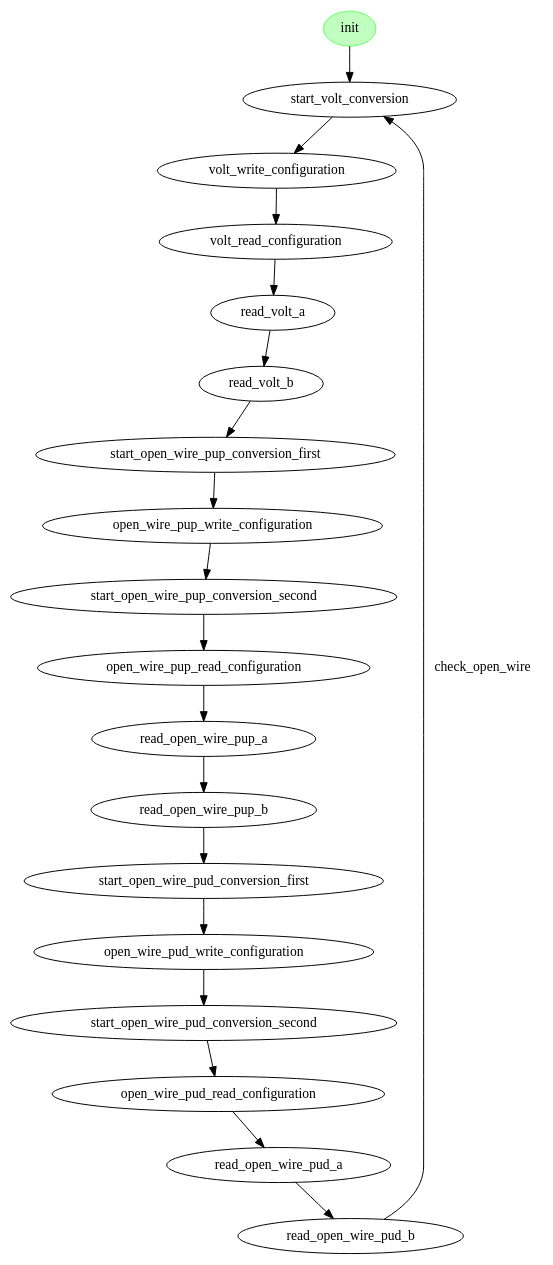
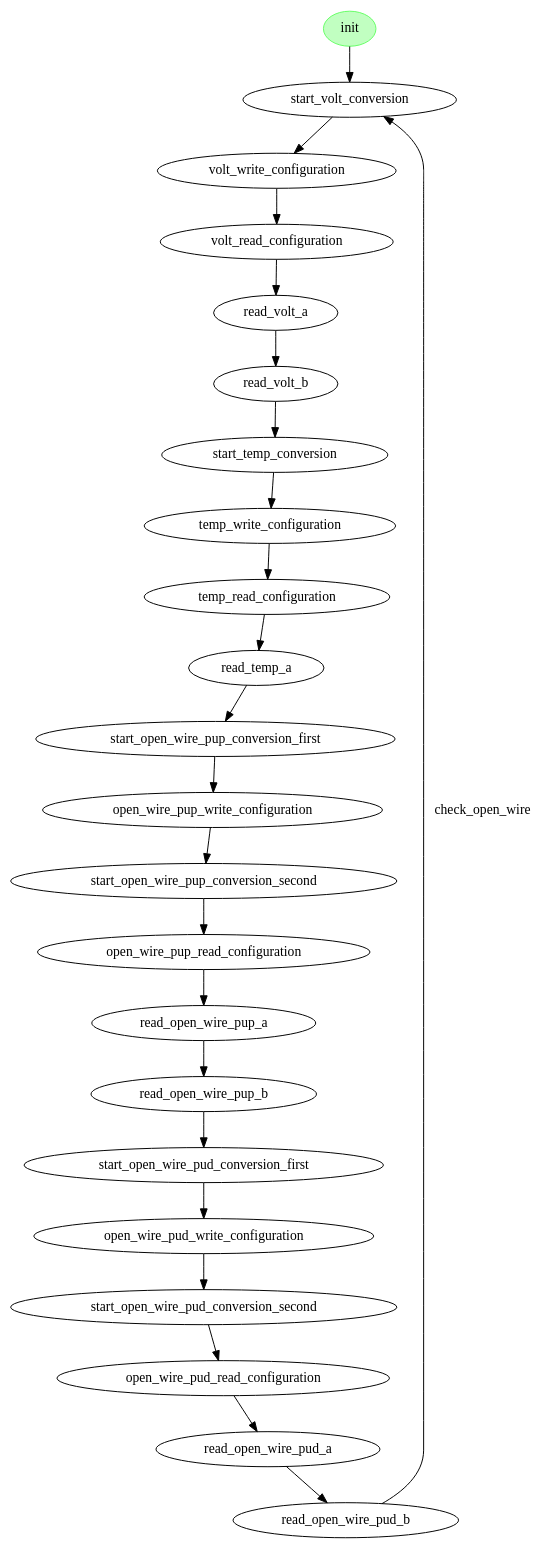
One commit to eagletrt/lv-bms-sw changed the diagram in assets/bms_monitor_fsm/bms_monitor_fsm.dot. Above: the diagram before and after it, drawn with Graphviz. The commit also changed 9 other files, not shown here.

```diff
--- a/assets/bms_monitor_fsm/bms_monitor_fsm.dot
+++ b/assets/bms_monitor_fsm/bms_monitor_fsm.dot
@@ -1,48 +1,56 @@
 digraph "gv_fsm example" {
     bgcolor="white"
     layout="dot"
     center=true
     concentrate=false
 
     init [
         style="filled"
         color="#66ff66"
         fillcolor="#c1ffc1"
     ]
     start_volt_conversion
     volt_write_configuration
     volt_read_configuration
     read_volt_a
     read_volt_b
+    start_temp_conversion
+    temp_write_configuration
+    temp_read_configuration
+    read_temp_a
     start_open_wire_pup_conversion_first
     open_wire_pup_write_configuration
     start_open_wire_pup_conversion_second
     open_wire_pup_read_configuration
     read_open_wire_pup_a
     read_open_wire_pup_b
     start_open_wire_pud_conversion_first
     open_wire_pud_write_configuration
     start_open_wire_pud_conversion_second
     open_wire_pud_read_configuration
     read_open_wire_pud_a
     read_open_wire_pud_b
 
     init -> start_volt_conversion
     start_volt_conversion -> volt_write_configuration
     volt_write_configuration -> volt_read_configuration
     volt_read_configuration -> read_volt_a
     read_volt_a -> read_volt_b
-    read_volt_b -> start_open_wire_pup_conversion_first
+    read_volt_b -> start_temp_conversion
+    start_temp_conversion -> temp_write_configuration
+    temp_write_configuration -> temp_read_configuration
+    temp_read_configuration -> read_temp_a
+    read_temp_a -> start_open_wire_pup_conversion_first
     start_open_wire_pup_conversion_first -> open_wire_pup_write_configuration
     open_wire_pup_write_configuration -> start_open_wire_pup_conversion_second
     start_open_wire_pup_conversion_second -> open_wire_pup_read_configuration
     open_wire_pup_read_configuration -> read_open_wire_pup_a
     read_open_wire_pup_a -> read_open_wire_pup_b
     read_open_wire_pup_b -> start_open_wire_pud_conversion_first
     start_open_wire_pud_conversion_first -> open_wire_pud_write_configuration
     open_wire_pud_write_configuration -> start_open_wire_pud_conversion_second
     start_open_wire_pud_conversion_second -> open_wire_pud_read_configuration
     open_wire_pud_read_configuration -> read_open_wire_pud_a
     read_open_wire_pud_a -> read_open_wire_pud_b
     read_open_wire_pud_b -> start_volt_conversion [label="check_open_wire"]
 }
```
